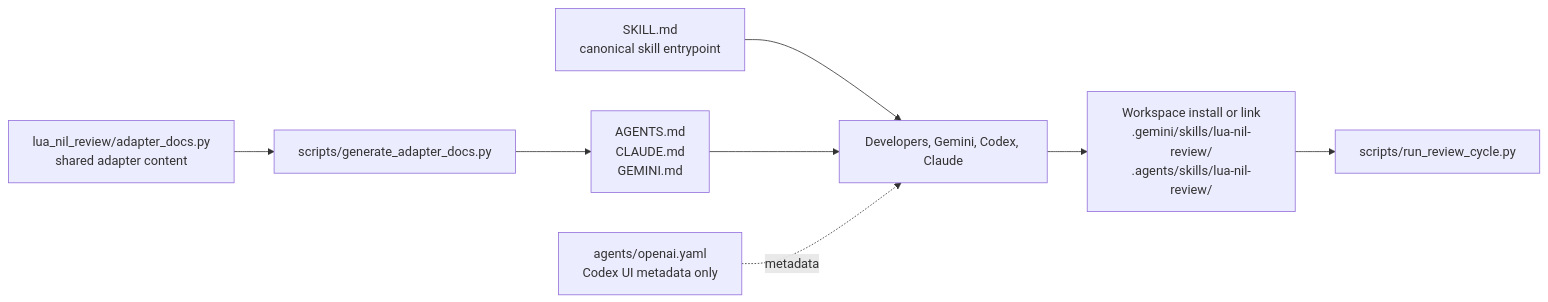
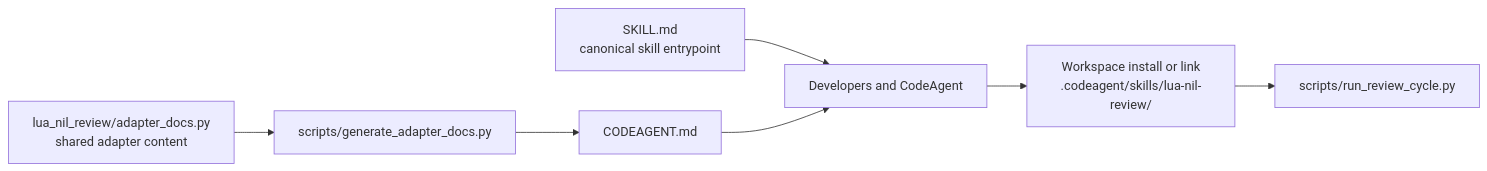
The second of 4 diagrams in references/architecture.md (suimenqx/lua-nil-review), drawn with Mermaid before and after one commit. The commit also changed other lines of this file and 11 other files, not shown here.

Commit message:
Rename skill adapter to CodeAgent

````diff
--- a/references/architecture.md
+++ b/references/architecture.md
@@ -48,13 +48,11 @@
 ```mermaid
 flowchart LR
-    Skill["SKILL.md<br/>canonical skill entrypoint"] --> Users["Developers, Gemini, Codex, Claude"]
+    Skill["SKILL.md<br/>canonical skill entrypoint"] --> Users["Developers and CodeAgent"]
 
     AdapterSource["lua_nil_review/adapter_docs.py<br/>shared adapter content"] --> Generator["scripts/generate_adapter_docs.py"]
-    Generator --> Generated["AGENTS.md<br/>CLAUDE.md<br/>GEMINI.md"]
+    Generator --> Generated["CODEAGENT.md"]
     Generated --> Users
 
-    Metadata["agents/openai.yaml<br/>Codex UI metadata only"] -. metadata .-> Users
-
-    Users --> Install["Workspace install or link<br/>.gemini/skills/lua-nil-review/<br/>.agents/skills/lua-nil-review/"]
+    Users --> Install["Workspace install or link<br/>.codeagent/skills/lua-nil-review/"]
     Install --> WrapperPath["scripts/run_review_cycle.py"]
 ```
````
